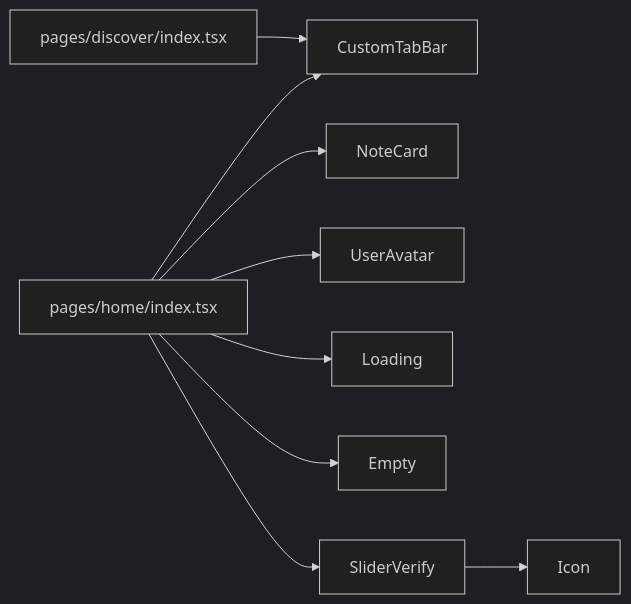
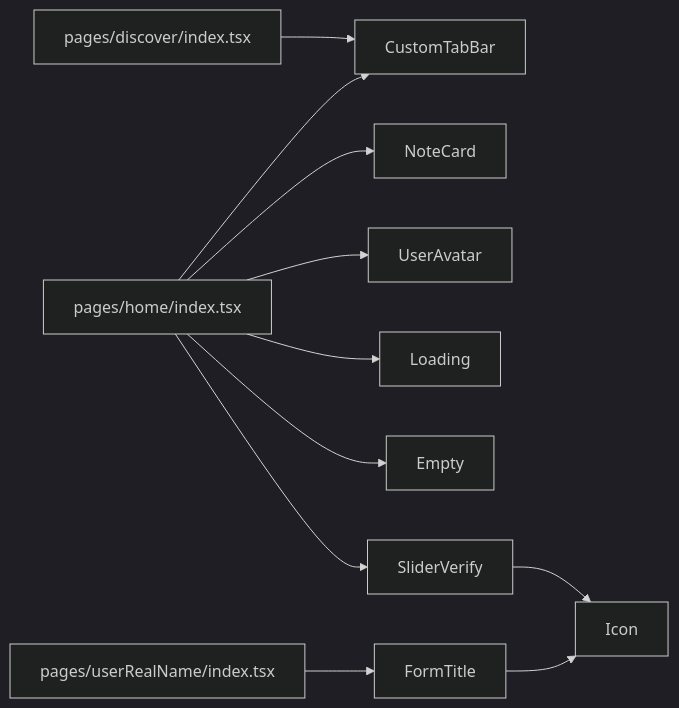
Before and after one commit to zuolinbao/redbook: the seventh of 7 diagrams in .qoder/repowiki/zh/content/UI组件库/UI组件库.md, drawn with Mermaid (dark theme). The commit also changed other lines of this file and 20 other files, not shown here.

````diff
--- a/.qoder/repowiki/zh/content/UI组件库/UI组件库.md
+++ b/.qoder/repowiki/zh/content/UI组件库/UI组件库.md
@@ -323,11 +378,13 @@
 ```mermaid
 graph LR
 H["pages/home/index.tsx"] --> CTB["CustomTabBar"]
 H --> NC["NoteCard"]
 D["pages/discover/index.tsx"] --> CTB
 H --> UA["UserAvatar"]
 H --> LD["Loading"]
 H --> EM["Empty"]
 H --> SV["SliderVerify"]
+UR["pages/userRealName/index.tsx"] --> FT["FormTitle"]
 SV --> IC["Icon"]
+FT --> IC
 ```
````
